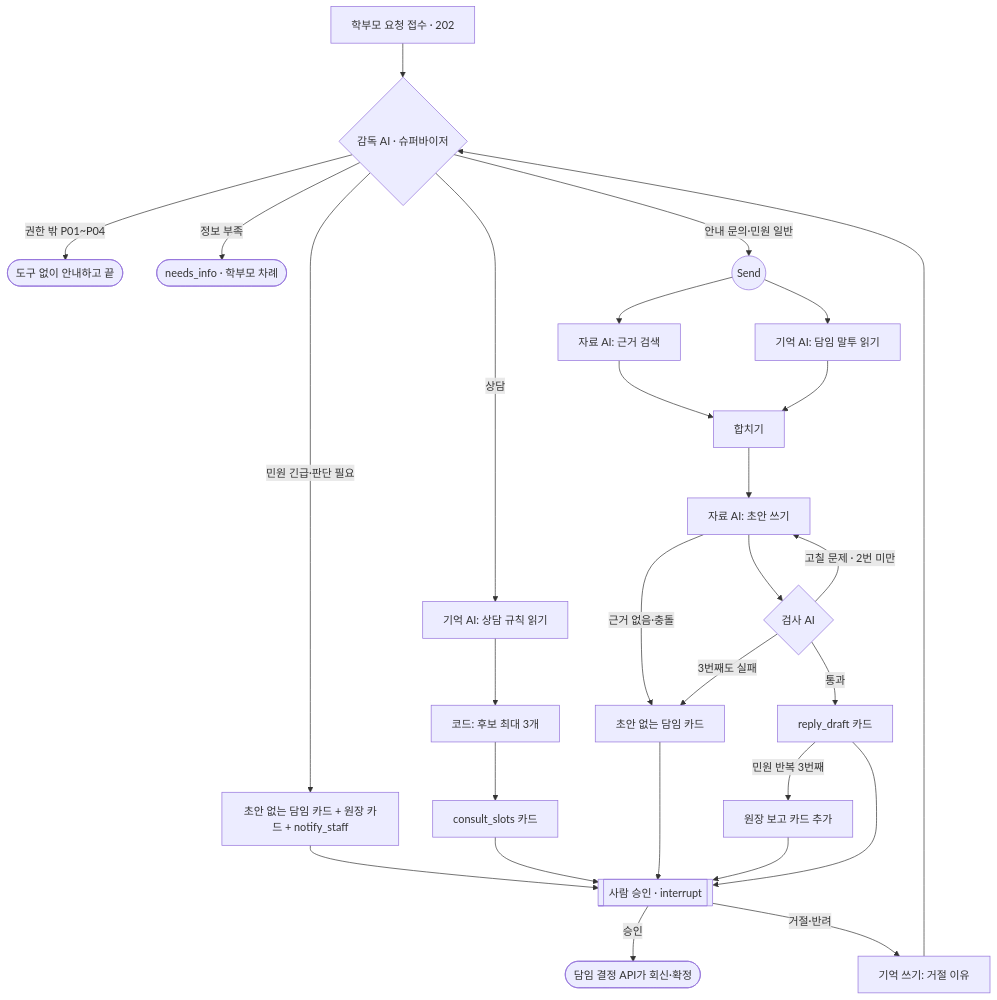
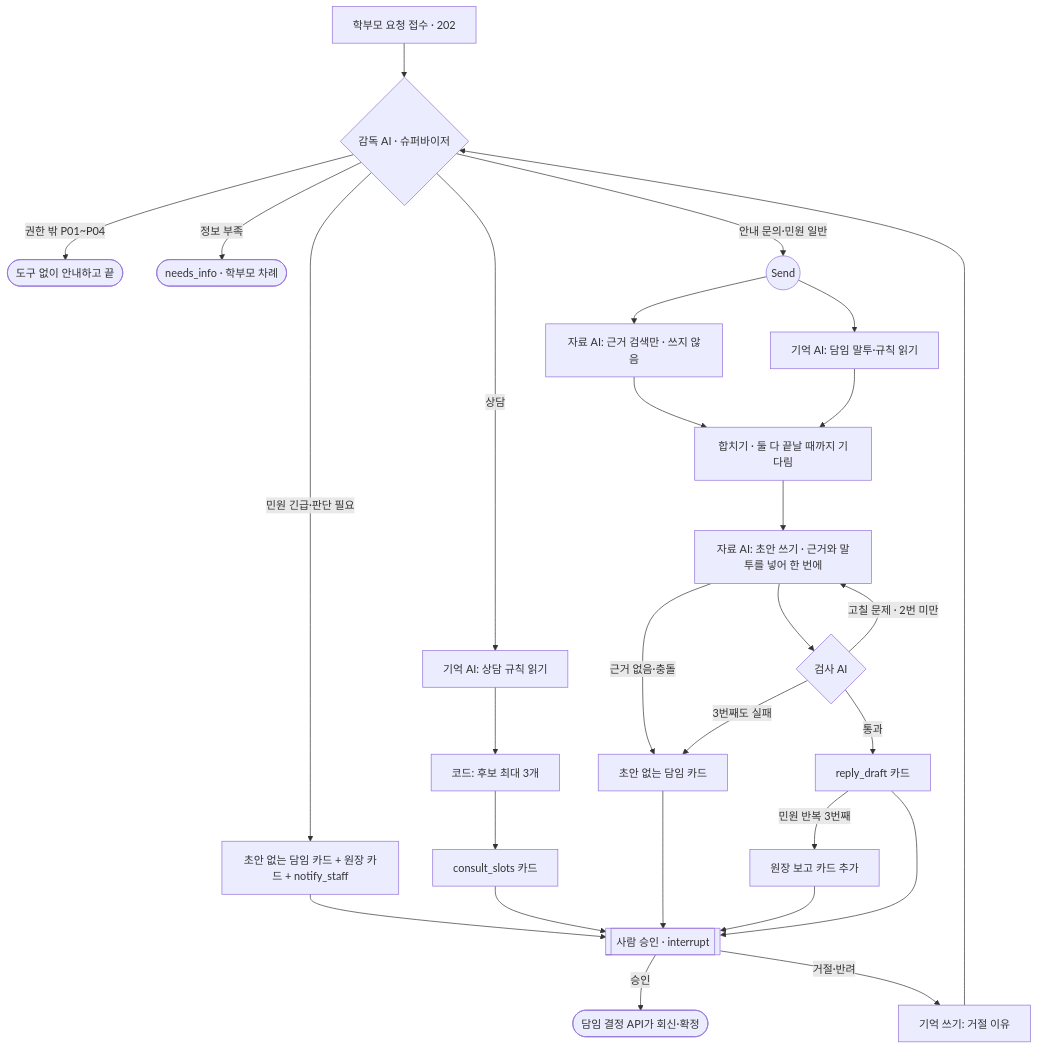
The second of 5 diagrams in Docs/Step3/T47_멀티에이전트_협업_아키텍처_설계서.md (aio-final-2team/FinalProject_2Team), drawn with Mermaid before and after one commit. The commit also changed other lines of this file, not shown here.

````diff
--- a/Docs/Step3/T47_멀티에이전트_협업_아키텍처_설계서.md
+++ b/Docs/Step3/T47_멀티에이전트_협업_아키텍처_설계서.md
@@ -156,28 +155,28 @@
 ```mermaid
 flowchart TD
     IN[학부모 요청 접수 · 202] --> SUP{감독 AI · 슈퍼바이저}
     SUP -->|권한 밖 P01~P04| OUT([도구 없이 안내하고 끝])
     SUP -->|정보 부족| NI([needs_info · 학부모 차례])
     SUP -->|민원 긴급·판단 필요| HC[초안 없는 담임 카드 + 원장 카드 + notify_staff]
     SUP -->|상담| MC[기억 AI: 상담 규칙 읽기]
     MC --> SL[코드: 후보 최대 3개] --> CC[consult_slots 카드]
     SUP -->|안내 문의·민원 일반| FAN((Send))
-    FAN --> DS[자료 AI: 근거 검색]
-    FAN --> MT[기억 AI: 담임 말투 읽기]
-    DS --> JN[합치기]
+    FAN --> DS[자료 AI: 근거 검색만 · 쓰지 않음]
+    FAN --> MT[기억 AI: 담임 말투·규칙 읽기]
+    DS --> JN[합치기 · 둘 다 끝날 때까지 기다림]
     MT --> JN
-    JN --> W[자료 AI: 초안 쓰기]
+    JN --> W[자료 AI: 초안 쓰기 · 근거와 말투를 넣어 한 번에]
     W -->|근거 없음·충돌| HC2[초안 없는 담임 카드]
     W --> CK{검사 AI}
     CK -->|고칠 문제 · 2번 미만| W
     CK -->|3번째도 실패| HC2
     CK -->|통과| RC[reply_draft 카드]
     RC -->|민원 반복 3번째| DR[원장 보고 카드 추가]
     RC --> AP[[사람 승인 · interrupt]]
     DR --> AP
     HC --> AP
     HC2 --> AP
     CC --> AP
     AP -->|승인| SENT([담임 결정 API가 회신·확정])
     AP -->|거절·반려| MW[기억 쓰기: 거절 이유] --> SUP
 ```
````
